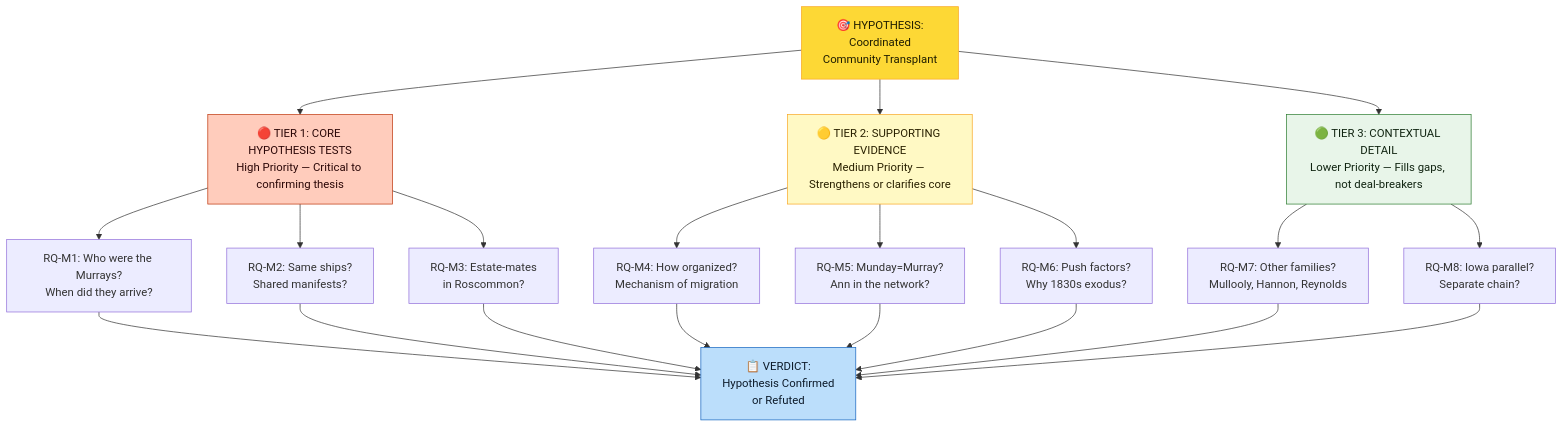
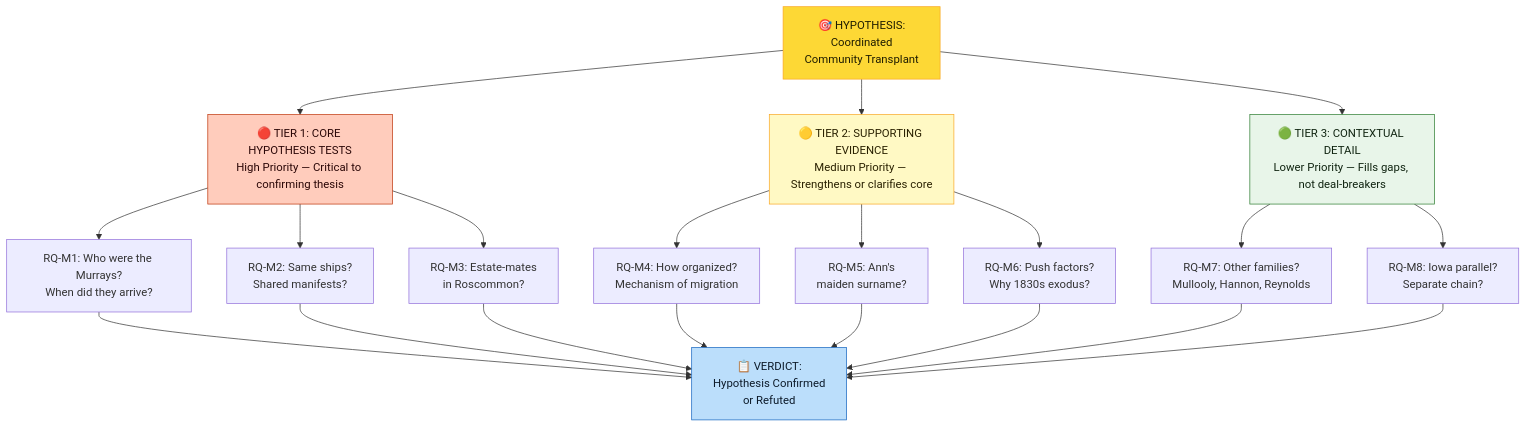
Before and after one commit to zcopley/copley-family-research: the first of 7 diagrams in Topics/Murray Settlement Research Roadmap.md, drawn with Mermaid. The commit also changed other lines of this file and 21 other files, not shown here.

````diff
--- a/Topics/Murray Settlement Research Roadmap.md
+++ b/Topics/Murray Settlement Research Roadmap.md
@@ -31,38 +31,38 @@
 ```mermaid
 graph TD
     HYPOTHESIS["🎯 HYPOTHESIS:<br/>Coordinated<br/>Community Transplant"]
     
     TIER1["🔴 TIER 1: CORE HYPOTHESIS TESTS<br/>High Priority — Critical to confirming thesis"]
     TIER2["🟡 TIER 2: SUPPORTING EVIDENCE<br/>Medium Priority — Strengthens or clarifies core"]
     TIER3["🟢 TIER 3: CONTEXTUAL DETAIL<br/>Lower Priority — Fills gaps, not deal-breakers"]
     
     HYPOTHESIS --> TIER1
     HYPOTHESIS --> TIER2
     HYPOTHESIS --> TIER3
     
     TIER1 --> RQ1["RQ-M1: Who were the Murrays?<br/>When did they arrive?"]
     TIER1 --> RQ2["RQ-M2: Same ships?<br/>Shared manifests?"]
     TIER1 --> RQ3["RQ-M3: Estate-mates<br/>in Roscommon?"]
     
     TIER2 --> RQ4["RQ-M4: How organized?<br/>Mechanism of migration"]
-    TIER2 --> RQ5["RQ-M5: Munday=Murray?<br/>Ann in the network?"]
+    TIER2 --> RQ5["RQ-M5: Ann's<br/>maiden surname?"]
     TIER2 --> RQ6["RQ-M6: Push factors?<br/>Why 1830s exodus?"]
     
     TIER3 --> RQ7["RQ-M7: Other families?<br/>Mullooly, Hannon, Reynolds"]
     TIER3 --> RQ8["RQ-M8: Iowa parallel?<br/>Separate chain?"]
     
     RQ1 --> VERDICT["📋 VERDICT:<br/>Hypothesis Confirmed<br/>or Refuted"]
     RQ2 --> VERDICT
     RQ3 --> VERDICT
     RQ4 --> VERDICT
     RQ5 --> VERDICT
     RQ6 --> VERDICT
     RQ7 --> VERDICT
     RQ8 --> VERDICT
     
     style HYPOTHESIS fill:#fdd835,stroke:#f9a825,color:#1f1d00
     style TIER1 fill:#ffccbc,stroke:#bf360c,color:#2b0707
     style TIER2 fill:#fff9c4,stroke:#f9a825,color:#2a2100
     style TIER3 fill:#e8f5e9,stroke:#2e7d32,color:#102411
     style VERDICT fill:#bbdefb,stroke:#1565c0,color:#0d1b2a
 ```
````
